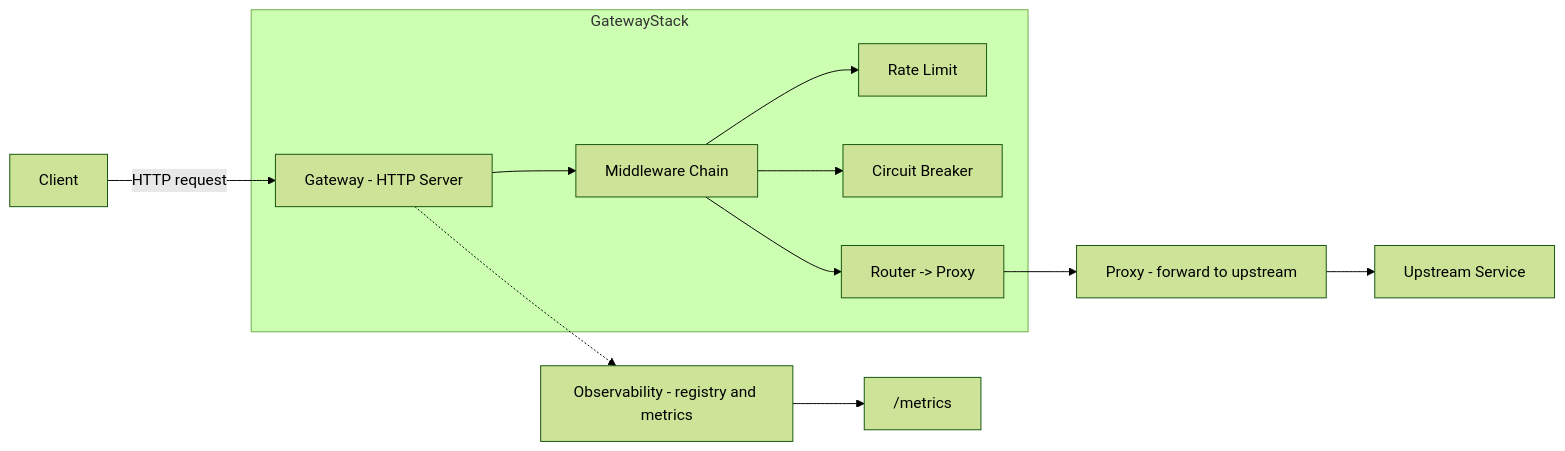
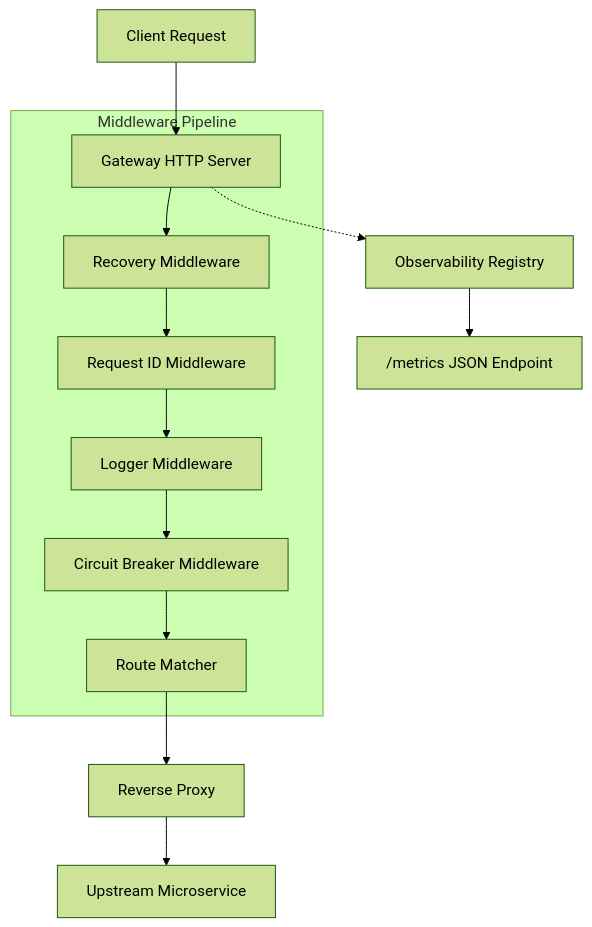
One commit to jhanvi857/Vexor changed the first of 2 diagrams in README.md. Above: the diagram before and after it, drawn with Mermaid (forest theme). The commit also changed other lines of this file, not shown here.

Commit message:
docs : refacrot readme with more clear architecture

````diff
--- a/README.md
+++ b/README.md
@@ -28,14 +11,16 @@
 ```mermaid
-flowchart LR
-	Client -->|HTTP request| Gateway[Gateway - HTTP Server]
-	subgraph GatewayStack
-		Gateway --> MiddlewareChain[Middleware Chain]
-		MiddlewareChain --> RateLimit[Rate Limit]
-		MiddlewareChain --> Breaker[Circuit Breaker]
-		MiddlewareChain --> Router[Router -> Proxy]
-	end
-	Router --> Proxy[Proxy - forward to upstream]
-	Proxy --> Upstream[Upstream Service]
-	Gateway -.-> Observability[Observability - registry and metrics]
-	Observability --> MetricsEndpoint["/metrics"]
+flowchart TD
+    Client[Client Request] --> Gateway[Gateway HTTP Server]
+    subgraph Pipeline [Middleware Pipeline]
+        Gateway --> Recovery[Recovery Middleware]
+        Recovery --> RequestID[Request ID Middleware]
+        RequestID --> Logging[Logger Middleware]
+        Logging --> Breaker[Circuit Breaker Middleware]
+        Breaker --> Router[Route Matcher]
+    end
+    Router --> Proxy[Reverse Proxy]
+    Proxy --> Upstream[Upstream Microservice]
+    
+    Gateway -.-> Registry[Observability Registry]
+    Registry --> Metrics["/metrics JSON Endpoint"]
 ```
````
